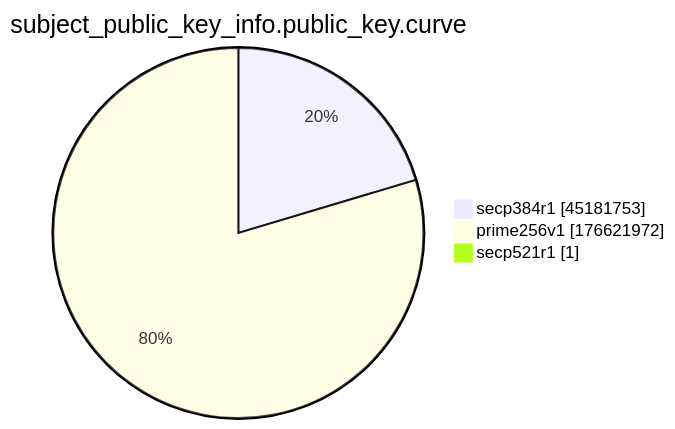
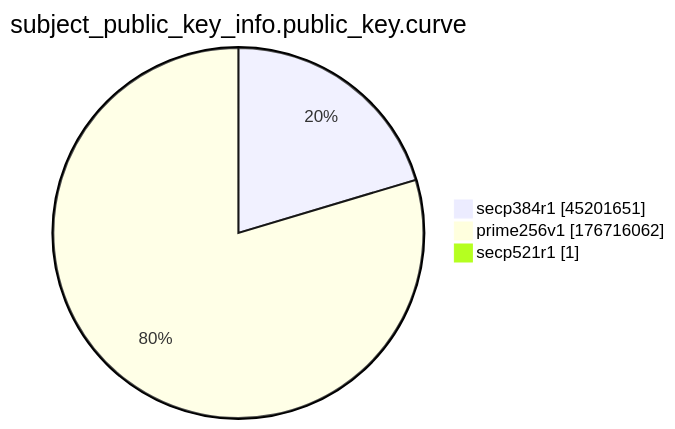
The ninth of 15 diagrams in xenon2022/README.md (christiankrug/ctmonitor_visualization), drawn with Mermaid before and after one commit. The commit also changed other lines of this file, not shown here.

````diff
--- a/xenon2022/README.md
+++ b/xenon2022/README.md
@@ -2872,7 +2872,7 @@
 ```mermaid
 pie showData
 title subject_public_key_info.public_key.curve
-"secp384r1" :45181753
-"prime256v1" :176621972
+"secp384r1" :45201651
+"prime256v1" :176716062
 "secp521r1" :1
 ```
````
